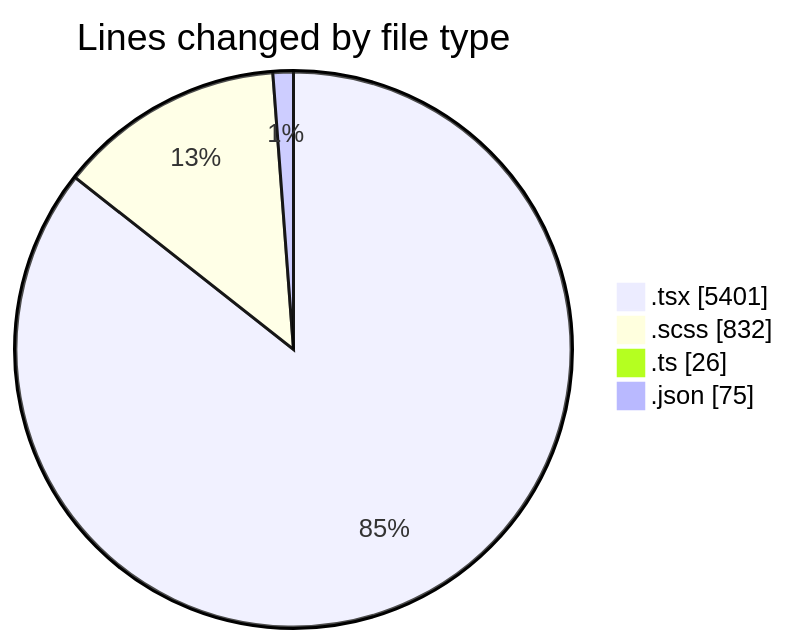
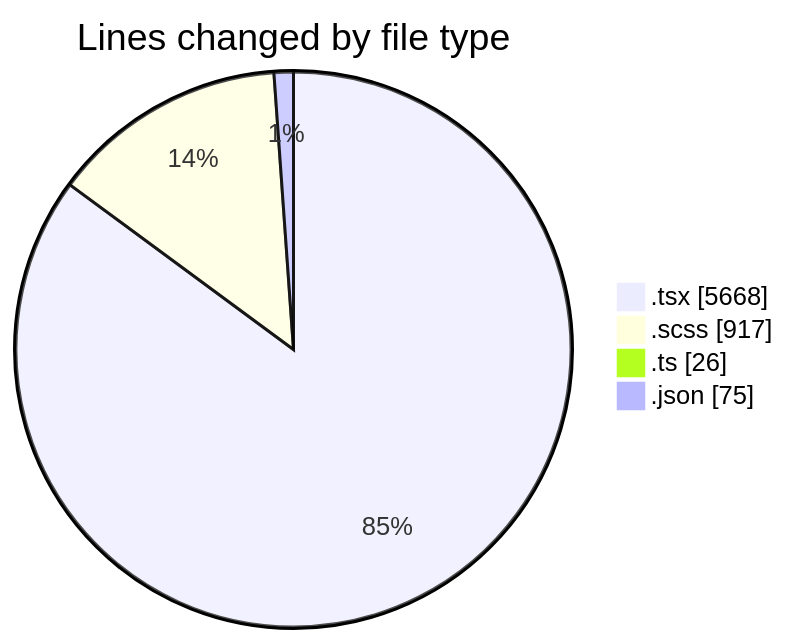
The first of 2 diagrams in 2025-04-09/cda/README.md (momahboobian/code-tracking), drawn with Mermaid before and after one commit. The commit also changed other lines of this file and 1 other file, not shown here.

````diff
--- a/2025-04-09/cda/README.md
+++ b/2025-04-09/cda/README.md
@@ -39,8 +43,8 @@
 ```mermaid
 pie showData
 title Lines changed by file type
-".tsx" : 5401
-".scss" : 832
+".tsx" : 5668
+".scss" : 917
 ".ts" : 26
 ".json" : 75
 ```
````
